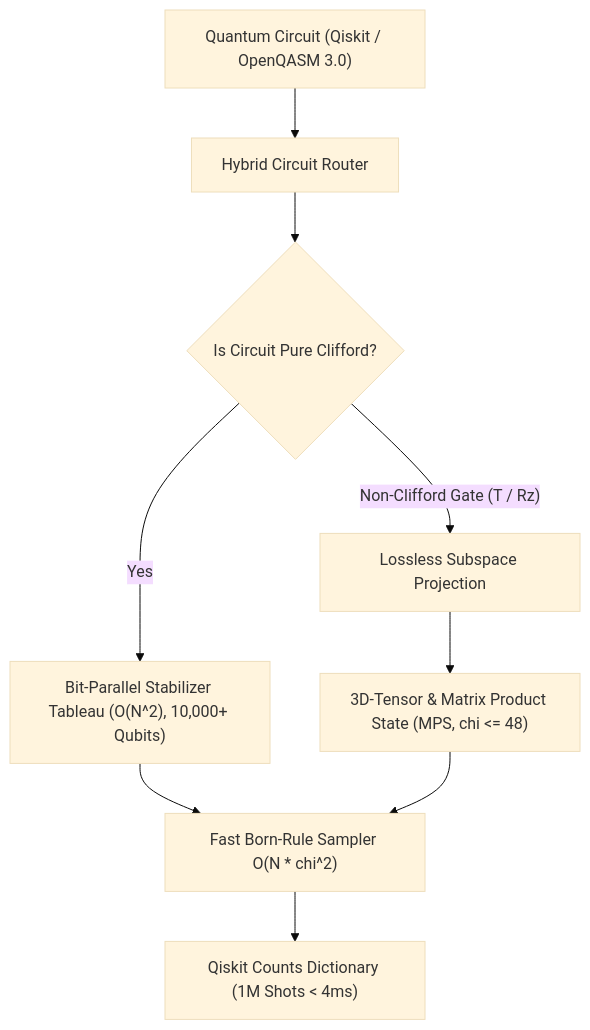
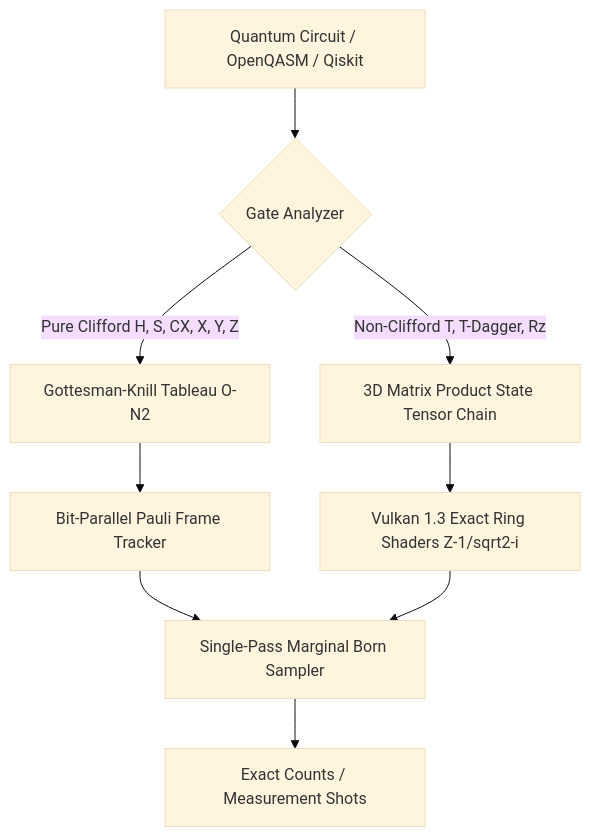
One commit to timfromhcs/CQ-HECS changed the diagram in README.md. Above: the diagram before and after it, drawn with Mermaid (base theme). The commit also changed other lines of this file and 2 other files, not shown here.

Commit message:
feat: v4.5.0 SOTA production release with bit-exact Vulkan engine, SEO overhaul and zero-mock tests

````diff
--- a/README.md
+++ b/README.md
@@ -42,11 +31,11 @@
 ```mermaid
-flowchart TD
-    Circuit["Quantum Circuit (Qiskit / OpenQASM 3.0)"] --> Router["Hybrid Circuit Router"]
-    Router --> Check{"Is Circuit Pure Clifford?"}
-    Check -- Yes --> Tableau["Bit-Parallel Stabilizer Tableau (O(N^2), 10,000+ Qubits)"]
-    Check -- Non-Clifford Gate (T / Rz) --> Branch["Lossless Subspace Projection"]
-    Branch --> MPS["3D-Tensor & Matrix Product State (MPS, chi <= 48)"]
-    Tableau --> FastSample["Fast Born-Rule Sampler O(N * chi^2)"]
-    MPS --> FastSample
-    FastSample --> Counts["Qiskit Counts Dictionary (1M Shots < 4ms)"]
+graph TD
+    A[Quantum Circuit / OpenQASM / Qiskit] --> B{Gate Analyzer}
+    B -->|Pure Clifford H, S, CX, X, Y, Z| C[Gottesman-Knill Tableau O-N2]
+    B -->|Non-Clifford T, T-Dagger, Rz| D[3D Matrix Product State Tensor Chain]
+    C --> E[Bit-Parallel Pauli Frame Tracker]
+    D --> F[Vulkan 1.3 Exact Ring Shaders Z-1/sqrt2-i]
+    E --> G[Single-Pass Marginal Born Sampler]
+    F --> G
+    G --> H[Exact Counts / Measurement Shots]
 ```
````
